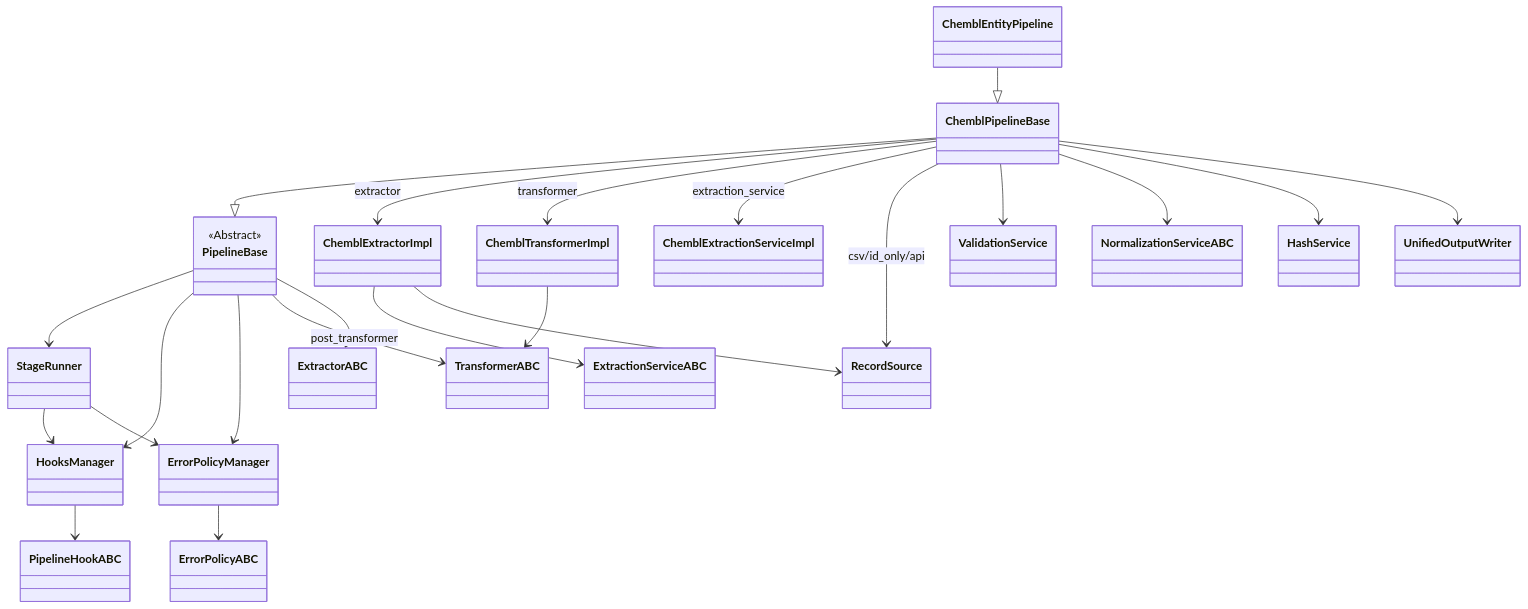
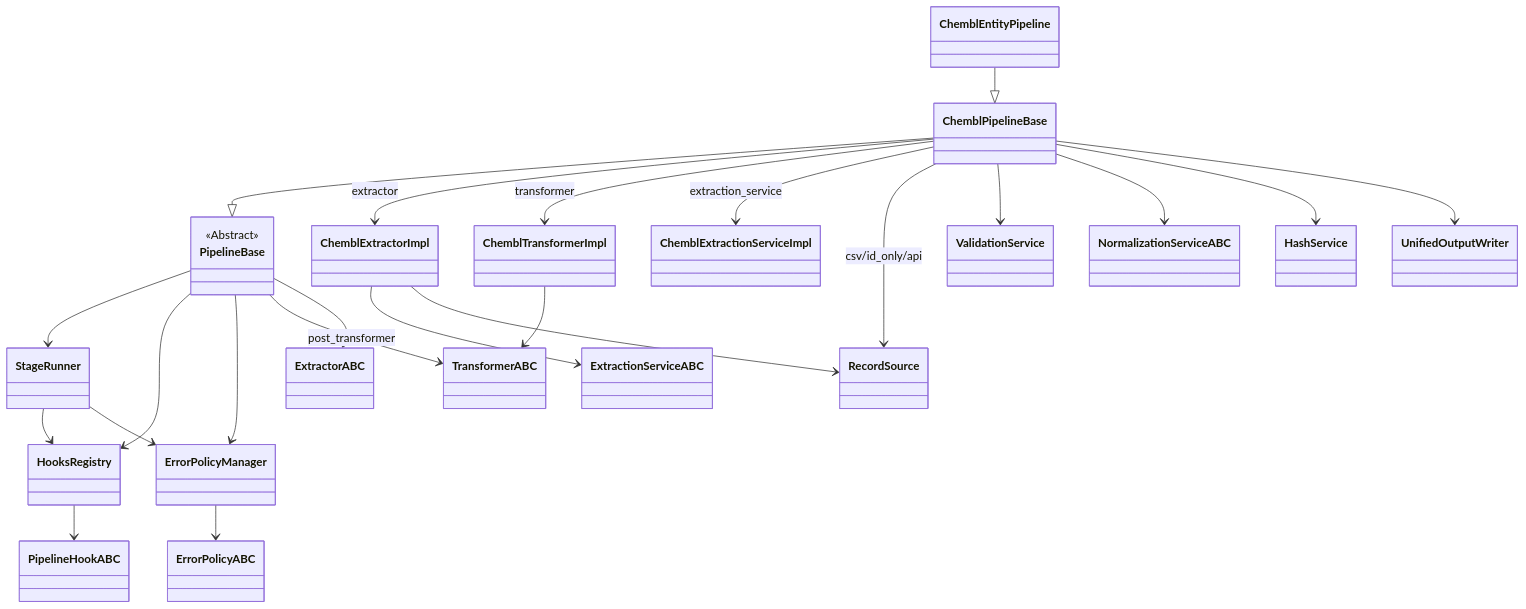
One commit to SatoryKono/BioactivityDataAcquisition changed the diagram in docs/architecture/diagrams/class/11-pipeline-classes.mmd. Above: the diagram before and after it, drawn with Mermaid. The commit also changed 9 other files, not shown here.

Commit message:
Rename HooksManager to HooksRegistry

```diff
--- a/docs/architecture/diagrams/class/11-pipeline-classes.mmd
+++ b/docs/architecture/diagrams/class/11-pipeline-classes.mmd
@@ -1,50 +1,50 @@
 ---
 id: 15d7b6ea-8c7c-4b0e-9d3a-0b6e3d6e9f11
 ---
 %%{init: {"class": {"domainPrimary": {"fill": "#f5f5f5", "stroke": "#444", "strokeWidth": 1.5, "color": "#111", "fontSize": "22px"}, "domainSecondary": {"fill": "#e3e7ec", "stroke": "#555", "strokeWidth": 1.2, "color": "#111", "fontSize": "18px"}, "interface": {"fill": "#dde7f2", "stroke": "#44546a", "strokeWidth": 1.5, "color": "#111", "fontSize": "22px"}}}}%%
 classDiagram-v2
 
 class PipelineBase {
   <<Abstract>>
 }
 class ChemblPipelineBase
 class ChemblEntityPipeline
 class ChemblExtractorImpl
 class ChemblTransformerImpl
 class ChemblExtractionServiceImpl
 class StageRunner
-class HooksManager
+class HooksRegistry
 class ErrorPolicyManager
 class RecordSource
 class ValidationService
 class NormalizationServiceABC
 class HashService
 class UnifiedOutputWriter
 class PipelineHookABC
 class ErrorPolicyABC
 class ExtractorABC
 class TransformerABC
 class ExtractionServiceABC
 
 ChemblPipelineBase --|> PipelineBase
 ChemblEntityPipeline --|> ChemblPipelineBase
 ChemblPipelineBase --> ChemblExtractorImpl : extractor
 ChemblPipelineBase --> ChemblTransformerImpl : transformer
 ChemblPipelineBase --> ChemblExtractionServiceImpl : extraction_service
 ChemblPipelineBase --> RecordSource : csv/id_only/api
 ChemblPipelineBase --> ValidationService
 ChemblPipelineBase --> NormalizationServiceABC
 ChemblPipelineBase --> HashService
 ChemblPipelineBase --> UnifiedOutputWriter
 PipelineBase --> StageRunner
-PipelineBase --> HooksManager
+PipelineBase --> HooksRegistry
 PipelineBase --> ErrorPolicyManager
 PipelineBase --> TransformerABC : post_transformer
 PipelineBase --> ExtractorABC
 ChemblExtractorImpl --> ExtractionServiceABC
 ChemblExtractorImpl --> RecordSource
 ChemblTransformerImpl --> TransformerABC
-HooksManager --> PipelineHookABC
+HooksRegistry --> PipelineHookABC
 ErrorPolicyManager --> ErrorPolicyABC
-StageRunner --> HooksManager
+StageRunner --> HooksRegistry
 StageRunner --> ErrorPolicyManager
```
